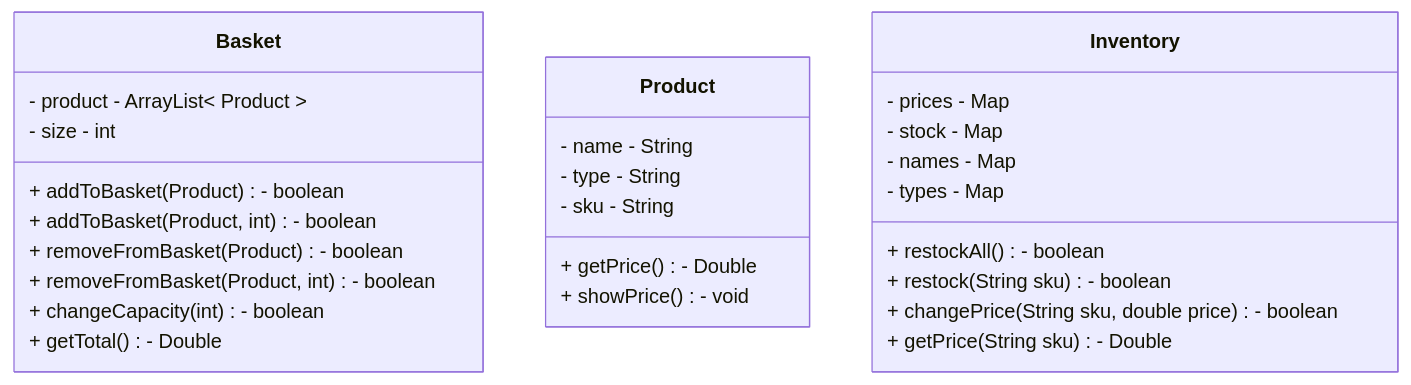
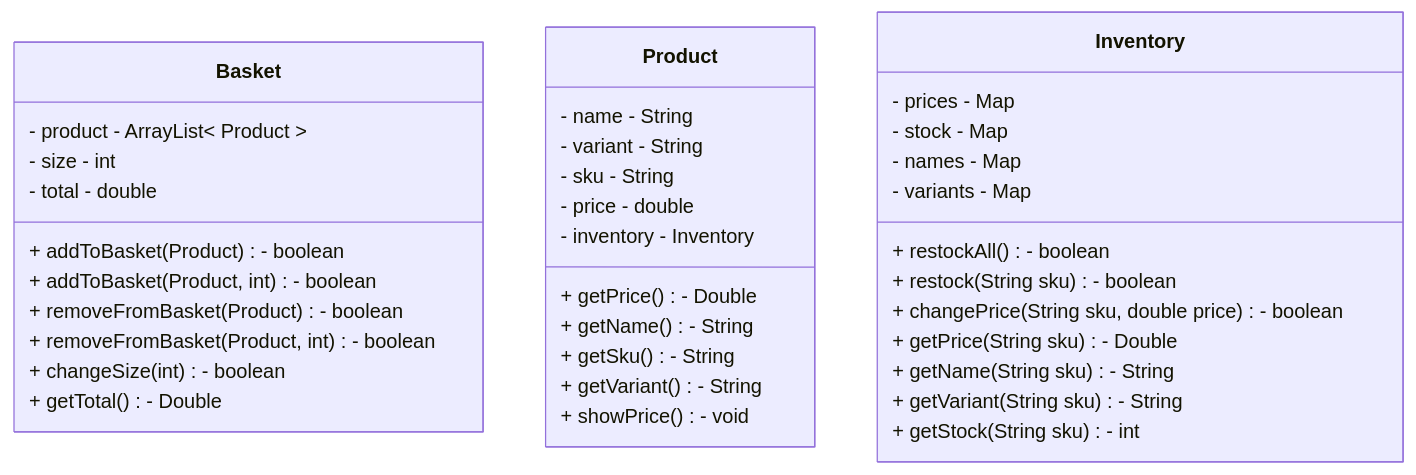
The diagram in class-diagram.md (nora-hansen/java-tdd-oop-bobs-bagels), drawn with Mermaid before and after one commit. The commit also changed 3 other files, not shown here.

Commit message:
Added getters to Inventory and Product, updated class diagram

`````diff
--- a/class-diagram.md
+++ b/class-diagram.md
@@ -1,25 +1,34 @@
 ````mermaid
 classDiagram
     Basket : - product - ArrayList< Product >
     Basket : - size - int
+    Basket : - total - double
     Basket : + addToBasket(Product) - boolean
     Basket : + addToBasket(Product, int) - boolean
     Basket : + removeFromBasket(Product) - boolean
     Basket : + removeFromBasket(Product, int) - boolean
-    Basket : + changeCapacity(int) - boolean
+    Basket : + changeSize(int) - boolean
     Basket : + getTotal() - Double
     Product : - name - String
-    Product : - type - String
+    Product : - variant - String
     Product : - sku - String
+    Product : - price - double
+    Product : - inventory - Inventory
     Product : + getPrice() - Double
+    Product : + getName() - String
+    Product : + getSku() - String
+    Product : + getVariant() - String
     Product : + showPrice() - void
     Inventory : - prices - Map
     Inventory : - stock - Map
     Inventory : - names - Map
-    Inventory : - types - Map
+    Inventory : - variants - Map
     Inventory : + restockAll() - boolean
     Inventory : + restock(String sku) - boolean
     Inventory : + changePrice(String sku, double price) - boolean
     Inventory : + getPrice(String sku) - Double
+    Inventory : + getName(String sku) - String
+    Inventory : + getVariant(String sku) - String
+    Inventory : + getStock(String sku) - int
 
 ````
`````
